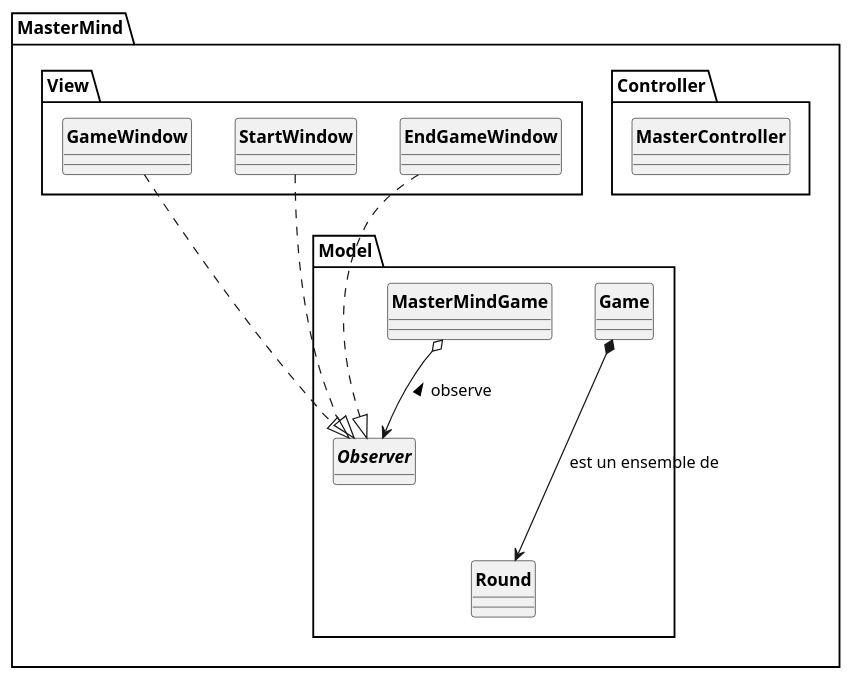
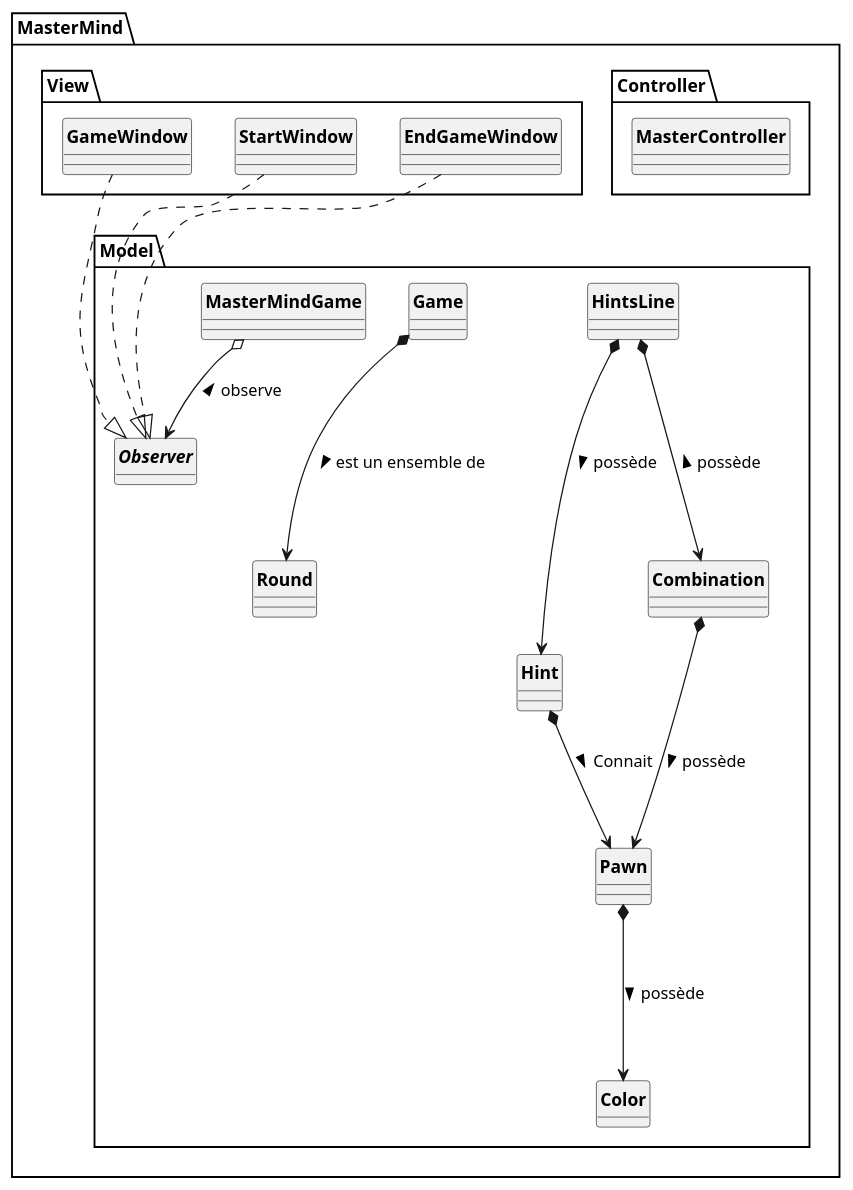
One commit to dbrunstein/a31-mastermind-java changed the diagram in MasterMind/src/UML/MasterMind.puml. Above: the diagram before and after it, drawn with PlantUML. The commit also changed 6 other files, not shown here.

Commit message:
modification uml:model

```diff
--- a/MasterMind/src/UML/MasterMind.puml
+++ b/MasterMind/src/UML/MasterMind.puml
@@ -1,47 +1,55 @@
 @startuml
 'https://plantuml.com/class-diagram
 skinparam style strictuml
 skinparam classAttributeIconSize 0
 skinparam classFontStyle Bold
 hide enum methods
 hide interface attributes
 
 package MasterMind{
-
     package Controller{
         class MasterController{
-
         }
     }
     package Model {
         class MasterMindGame{
-
+        }
+        class Pawn{
+        }
+        enum Color{
+        }
+        class Hint{
+        }
+        class HintsLine{
         }
         interface Observer{
         }
         class Round{
         }
         class Game{
         }
-
-
+        class Combination{
+        }
     }
     package View {
         class GameWindow {
-
         }
         class StartWindow{
         }
         class EndGameWindow{
         }
     }
 }
+'Base pas ouf mais c'est un début'
 GameWindow ...|> Observer
 StartWindow ...|> Observer
 EndGameWindow ...|> Observer
-
-Game *---> Round : est un ensemble de
-
+HintsLine *---> Hint : > possède
+Combination *---> Pawn : > possède
+Pawn *---> Color : > possède
+Game *---> Round : > est un ensemble de
+Hint *--> Pawn : > Connait
+HintsLine *---> Combination : < possède
 MasterMindGame o--> Observer : < observe
 
 @enduml
```
